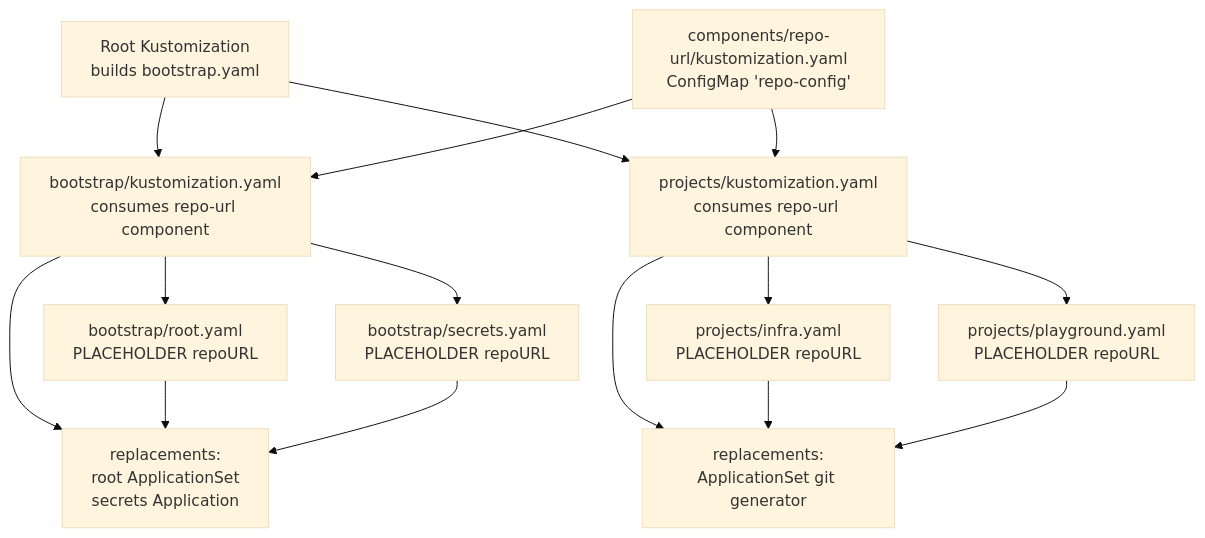
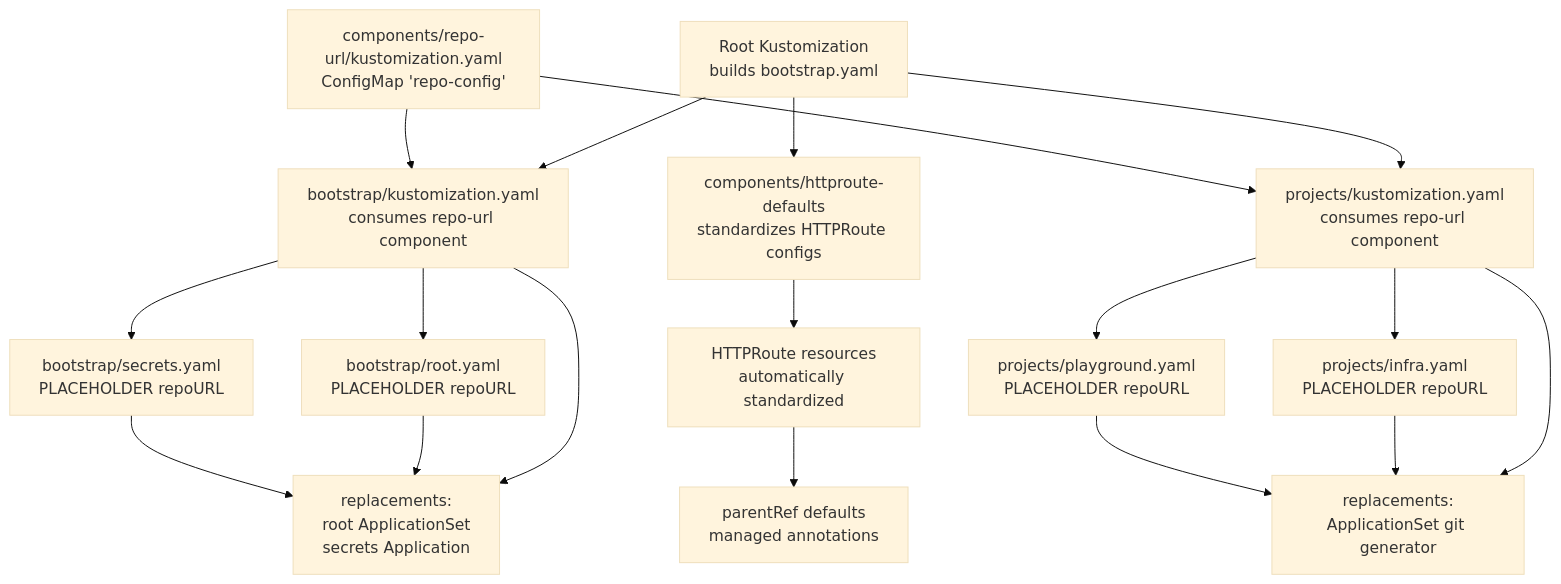
Before and after one commit to Hoangvu75/k8s_manifest: the first of 8 diagrams in .qoder/repowiki/en/content/Architecture and Design/Component-Based Design Patterns.md, drawn with Mermaid (base theme). The commit also changed other lines of this file and 5 other files, not shown here.

````diff
--- a/.qoder/repowiki/en/content/Architecture and Design/Component-Based Design Patterns.md
+++ b/.qoder/repowiki/en/content/Architecture and Design/Component-Based Design Patterns.md
@@ -36,17 +50,20 @@
 ```mermaid
 graph TB
 Root["Root Kustomization<br/>builds bootstrap.yaml"] --> BootstrapK["bootstrap/kustomization.yaml<br/>consumes repo-url component"]
 Root --> ProjectsK["projects/kustomization.yaml<br/>consumes repo-url component"]
+Root --> HTTPRouteDefaults["components/httproute-defaults<br/>standardizes HTTPRoute configs"]
 BootstrapK --> RootApp["bootstrap/root.yaml<br/>PLACEHOLDER repoURL"]
 BootstrapK --> SecretsApp["bootstrap/secrets.yaml<br/>PLACEHOLDER repoURL"]
 ProjectsK --> InfraProj["projects/infra.yaml<br/>PLACEHOLDER repoURL"]
 ProjectsK --> PlaygroundProj["projects/playground.yaml<br/>PLACEHOLDER repoURL"]
 RepoURL["components/repo-url/kustomization.yaml<br/>ConfigMap 'repo-config'"] --> BootstrapK
 RepoURL --> ProjectsK
+HTTPRouteDefaults --> HTTPRouteExamples["HTTPRoute resources<br/>automatically standardized"]
 BootstrapK --> ReplacementsB["replacements:<br/>root ApplicationSet<br/>secrets Application"]
 ProjectsK --> ReplacementsP["replacements:<br/>ApplicationSet git generator"]
+HTTPRouteExamples --> DefaultsPatch["parentRef defaults<br/>managed annotations"]
 RootApp --> ReplacementsB
 SecretsApp --> ReplacementsB
 InfraProj --> ReplacementsP
 PlaygroundProj --> ReplacementsP
 ```
````
